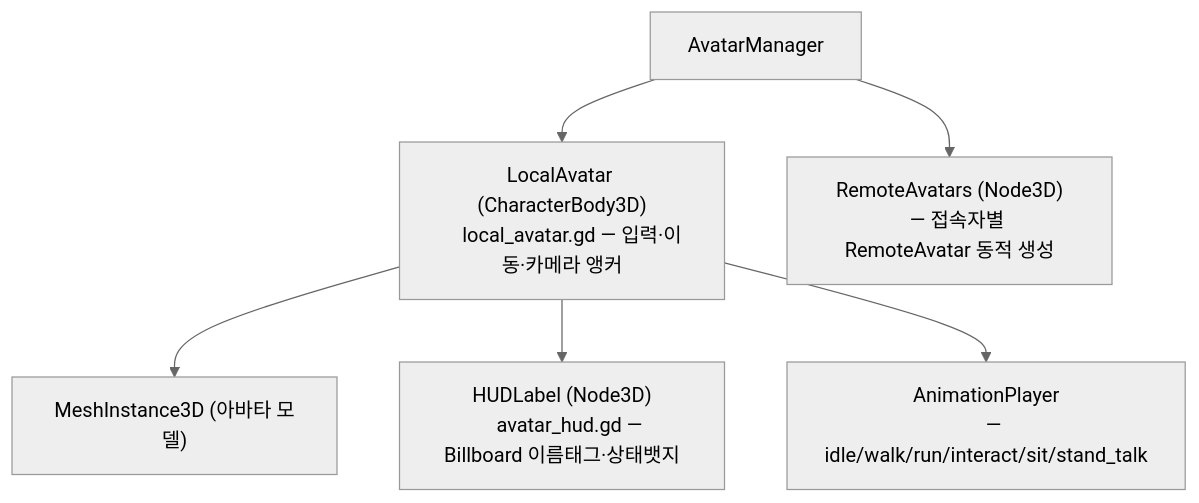
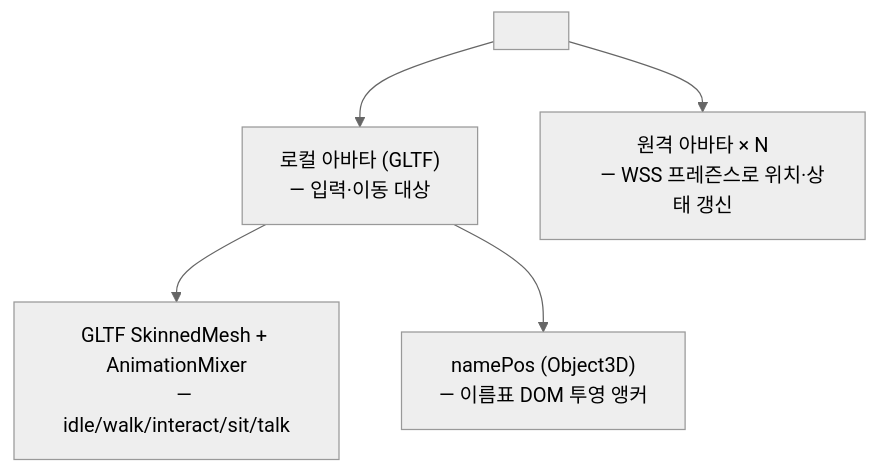
The third of 6 diagrams in docs/3d-design/scene-structure.md (choiwjun/virtualoffice_new), drawn with Mermaid (neutral theme) before and after one commit. The commit also changed other lines of this file and 739 other files, not shown here.

````diff
--- a/docs/3d-design/scene-structure.md
+++ b/docs/3d-design/scene-structure.md
@@ -238,13 +148,12 @@
 ```mermaid
 graph TD
-    AM["AvatarManager"]
-    AM --> LocalAvatar["LocalAvatar (CharacterBody3D)
-    local_avatar.gd — 입력·이동·카메라 앵커"]
-    AM --> RemoteAvatars["RemoteAvatars (Node3D)
-    — 접속자별 RemoteAvatar 동적 생성"]
-    LocalAvatar --> AvatarMesh["MeshInstance3D (아바타 모델)"]
-    LocalAvatar --> AvatarHUD["HUDLabel (Node3D)
-    avatar_hud.gd — Billboard 이름태그·상태뱃지"]
-    LocalAvatar --> AnimPlayer["AnimationPlayer
-    — idle/walk/run/interact/sit/stand_talk"]
+    AG["<AvatarGroup>"]
+    AG --> Local["로컬 아바타 (GLTF)
+    — 입력·이동 대상"]
+    AG --> Remote["원격 아바타 × N
+    — WSS 프레즌스로 위치·상태 갱신"]
+    Local --> Skin["GLTF SkinnedMesh + AnimationMixer
+    — idle/walk/interact/sit/talk"]
+    Local --> Anchor["namePos (Object3D)
+    — 이름표 DOM 투영 앵커"]
 ```
````
